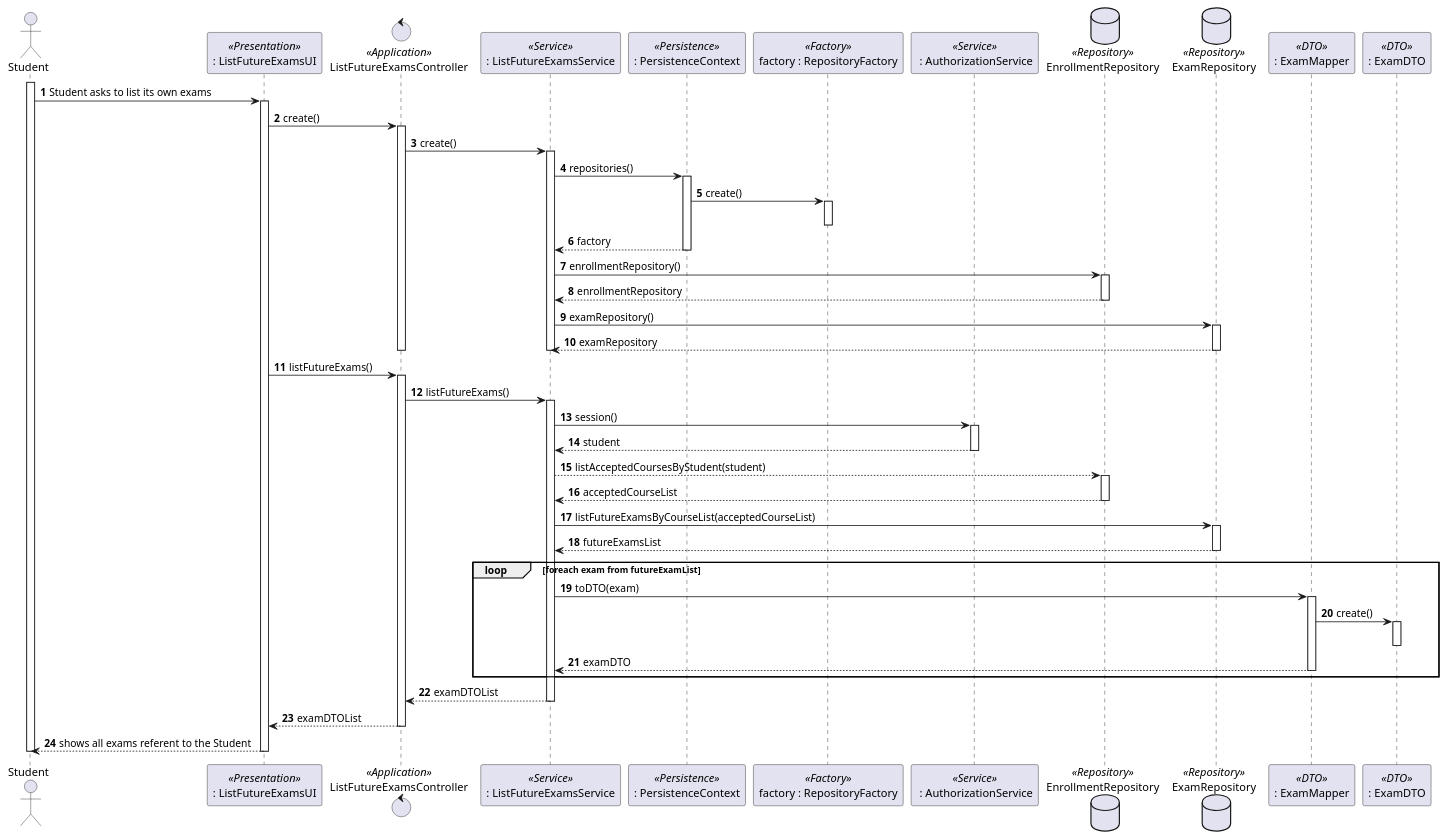
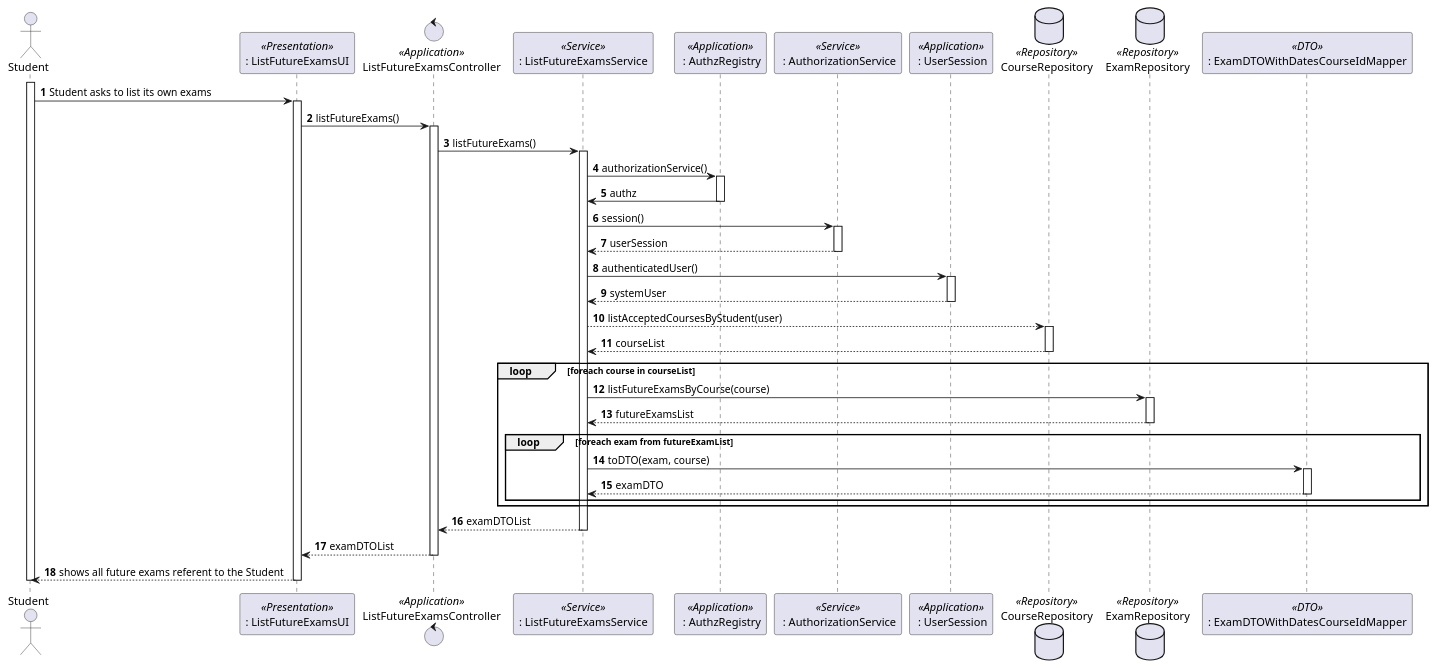
Before and after one commit to Marco-Nobrega-Andrade/sem4pi_22_23: the diagram in docs/Sprint_B/us_2002/us_2002_SD.puml, drawn with PlantUML. The commit also changed 6 other files, not shown here.

```diff
--- a/docs/Sprint_B/us_2002/us_2002_SD.puml
+++ b/docs/Sprint_B/us_2002/us_2002_SD.puml
@@ -1,81 +1,64 @@
 @startuml
 autonumber
 actor "Student" as S
 
 participant ": ListFutureExamsUI" as UI <<Presentation>>
 control "ListFutureExamsController" as CTRL <<Application>>
 participant ": ListFutureExamsService" as FESS <<Service>>
-participant ": PersistenceContext" as PC <<Persistence>>
-participant "factory : RepositoryFactory" as RF <<Factory>>
+
+participant " : AuthzRegistry" as AR <<Application>>
 participant " : AuthorizationService" as AS <<Service>>
-database EnrollmentRepository as EnR <<Repository>>
+participant " : UserSession" as US <<Application>>
+database CourseRepository as CR <<Repository>>
 database ExamRepository as ER <<Repository>>
-participant ": ExamMapper" as EM <<DTO>>
-participant ": ExamDTO" as EDTO <<DTO>>
+participant ": ExamDTOWithDatesCourseIdMapper" as EM <<DTO>>
+
 
 activate S
 S -> UI : Student asks to list its own exams
 activate UI
-UI -> CTRL : create()
-activate CTRL
-CTRL -> FESS : create()
-activate FESS
-FESS -> PC : repositories()
-activate PC
-PC -> RF : create()
-activate RF
-deactivate RF
-PC --> FESS : factory
-deactivate PC
-
-
-FESS -> EnR : enrollmentRepository()
-activate EnR
-EnR --> FESS : enrollmentRepository
-deactivate EnR
-
-FESS -> ER : examRepository()
-activate ER
-ER --> FESS : examRepository
-deactivate ER
-
-deactivate FESS
-deactivate CTRL
-
-
 UI->CTRL : listFutureExams()
 activate CTRL
 CTRL-> FESS : listFutureExams()
 activate FESS
-FESS -> AS : session()
+
+FESS -> AR: authorizationService()
+activate AR
+AR -> FESS: authz
+deactivate AR
+FESS -> AS: session()
 activate AS
-AS --> FESS : student
+AS --> FESS: userSession
 deactivate AS
-FESS --> EnR : listAcceptedCoursesByStudent(student)
-activate EnR
-EnR --> FESS : acceptedCourseList
-deactivate EnR
-FESS -> ER : listFutureExamsByCourseList(acceptedCourseList)
+FESS -> US: authenticatedUser()
+activate US
+US --> FESS : systemUser
+deactivate US
+FESS --> CR : listAcceptedCoursesByStudent(user)
+activate CR
+CR --> FESS : courseList
+deactivate CR
+loop foreach course in courseList
+FESS -> ER : listFutureExamsByCourse(course)
 activate ER
 ER --> FESS : futureExamsList
 deactivate ER
 deactivate ER
 loop foreach exam from futureExamList
-FESS -> EM : toDTO(exam)
+FESS -> EM : toDTO(exam, course)
 activate EM
-EM -> EDTO : create()
-activate EDTO
-deactivate EDTO
+
 EM --> FESS : examDTO
 deactivate EM
+end loop
 end loop
 FESS --> CTRL : examDTOList
 deactivate FESS
 CTRL --> UI : examDTOList
 deactivate CTRL
 
-UI --> S : shows all exams referent to the Student
+UI --> S : shows all future exams referent to the Student
 deactivate UI
 deactivate S
 
 @enduml
```
